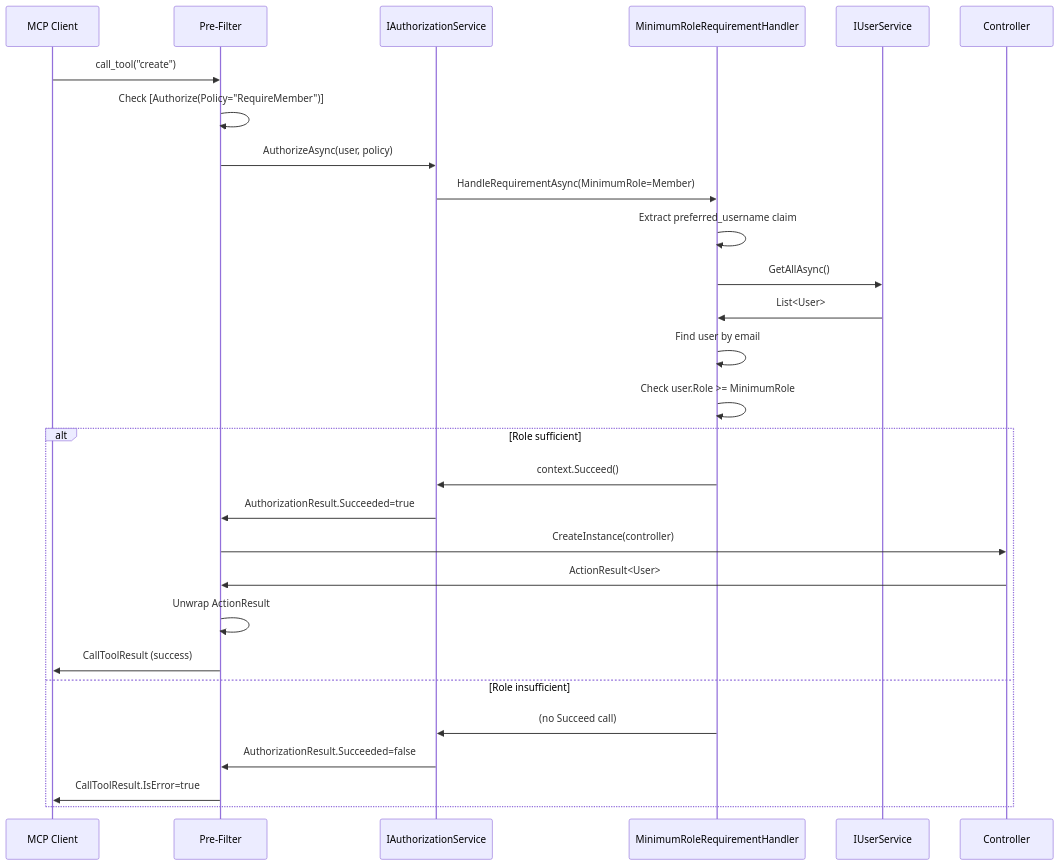
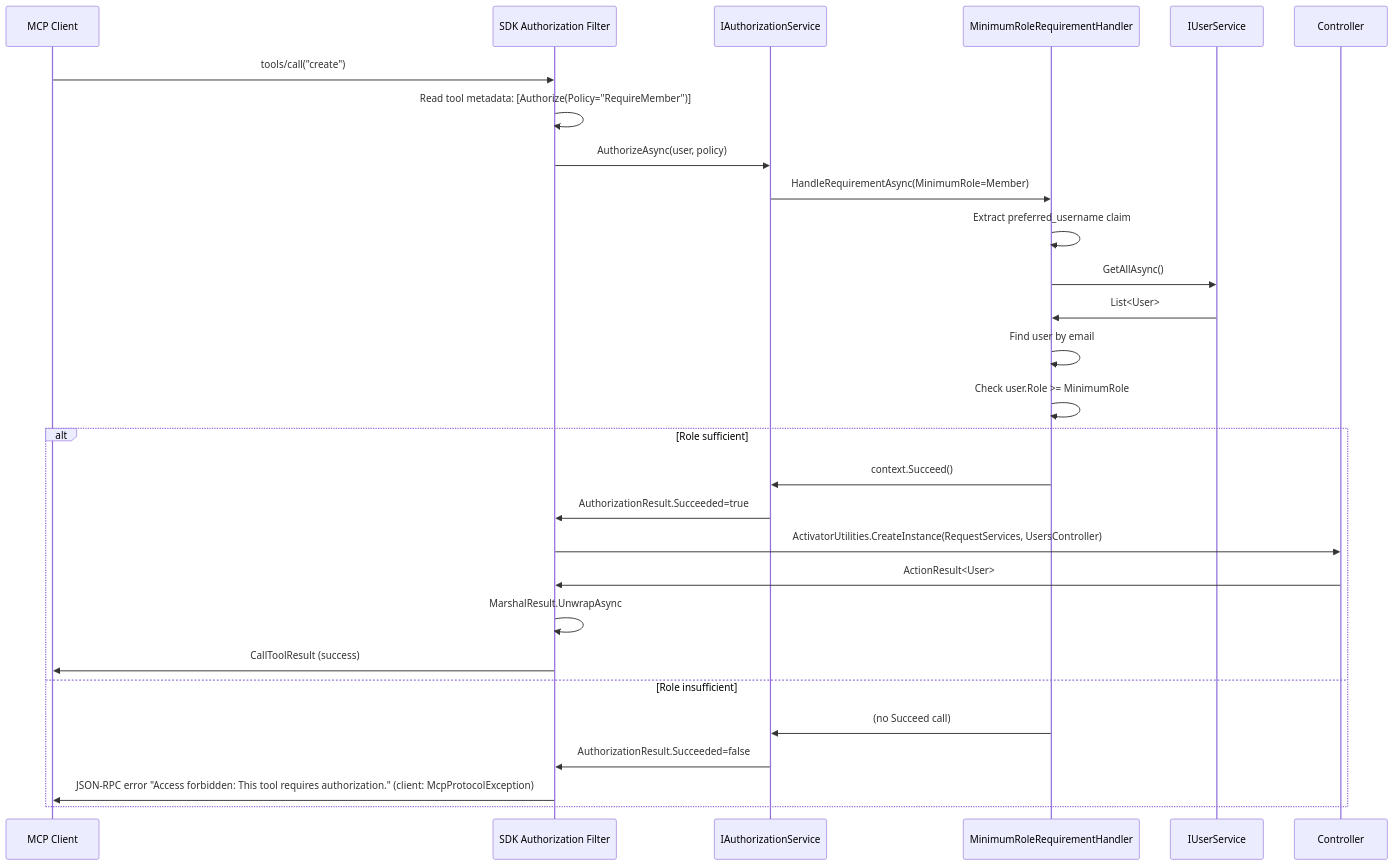
The fifth of 10 diagrams in docs/MCP-COMPLETE-INTEGRATION-GUIDE.md (LadislavSopko/net-api-with-mcp), drawn with Mermaid before and after one commit. The commit also changed other lines of this file and 4 other files, not shown here.

First line of the commit message:
docs: update guides for Zero.Mcp.Extensions 3.0.0 / MCP SDK 2.2.0

````diff
--- a/docs/MCP-COMPLETE-INTEGRATION-GUIDE.md
+++ b/docs/MCP-COMPLETE-INTEGRATION-GUIDE.md
@@ -1244,31 +1729,31 @@
 ```mermaid
 sequenceDiagram
     participant MCP as MCP Client
-    participant Pre as Pre-Filter
+    participant F as SDK Authorization Filter
     participant Auth as IAuthorizationService
     participant Handler as MinimumRoleRequirementHandler
     participant Svc as IUserService
     participant Ctrl as Controller
 
-    MCP->>Pre: call_tool("create")
-    Pre->>Pre: Check [Authorize(Policy="RequireMember")]
-    Pre->>Auth: AuthorizeAsync(user, policy)
+    MCP->>F: tools/call("create")
+    F->>F: Read tool metadata: [Authorize(Policy="RequireMember")]
+    F->>Auth: AuthorizeAsync(user, policy)
     Auth->>Handler: HandleRequirementAsync(MinimumRole=Member)
     Handler->>Handler: Extract preferred_username claim
     Handler->>Svc: GetAllAsync()
     Svc->>Handler: List<User>
     Handler->>Handler: Find user by email
     Handler->>Handler: Check user.Role >= MinimumRole
     alt Role sufficient
         Handler->>Auth: context.Succeed()
-        Auth->>Pre: AuthorizationResult.Succeeded=true
-        Pre->>Ctrl: CreateInstance(controller)
-        Ctrl->>Pre: ActionResult<User>
-        Pre->>Pre: Unwrap ActionResult
-        Pre->>MCP: CallToolResult (success)
+        Auth->>F: AuthorizationResult.Succeeded=true
+        F->>Ctrl: ActivatorUtilities.CreateInstance(RequestServices, UsersController)
+        Ctrl->>F: ActionResult<User>
+        F->>F: MarshalResult.UnwrapAsync
+        F->>MCP: CallToolResult (success)
     else Role insufficient
         Handler->>Auth: (no Succeed call)
-        Auth->>Pre: AuthorizationResult.Succeeded=false
-        Pre->>MCP: CallToolResult.IsError=true
+        Auth->>F: AuthorizationResult.Succeeded=false
+        F->>MCP: JSON-RPC error "Access forbidden: This tool requires authorization." (client: McpProtocolException)
     end
 ```
````
